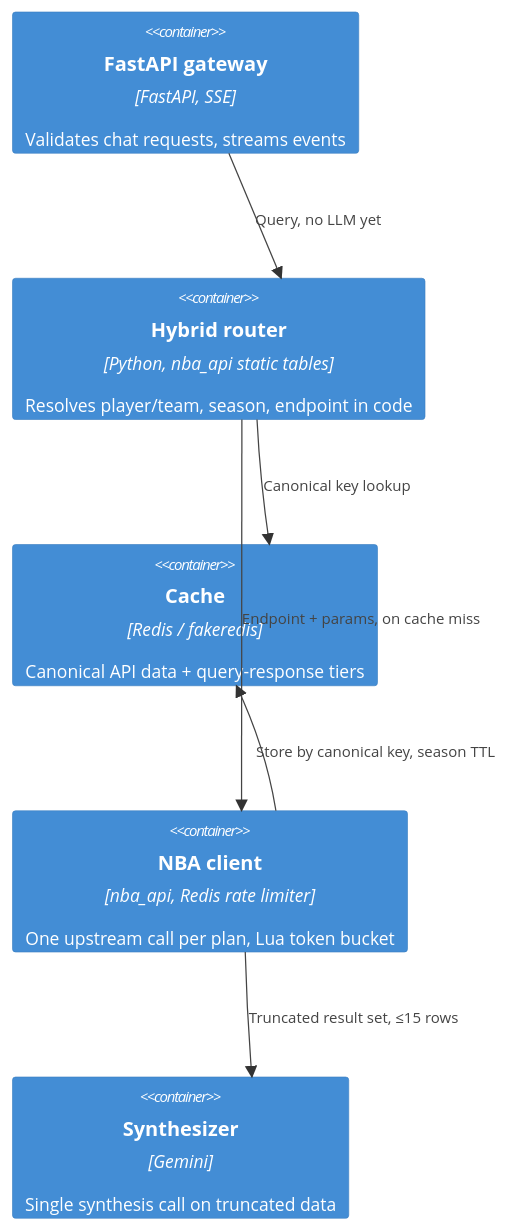
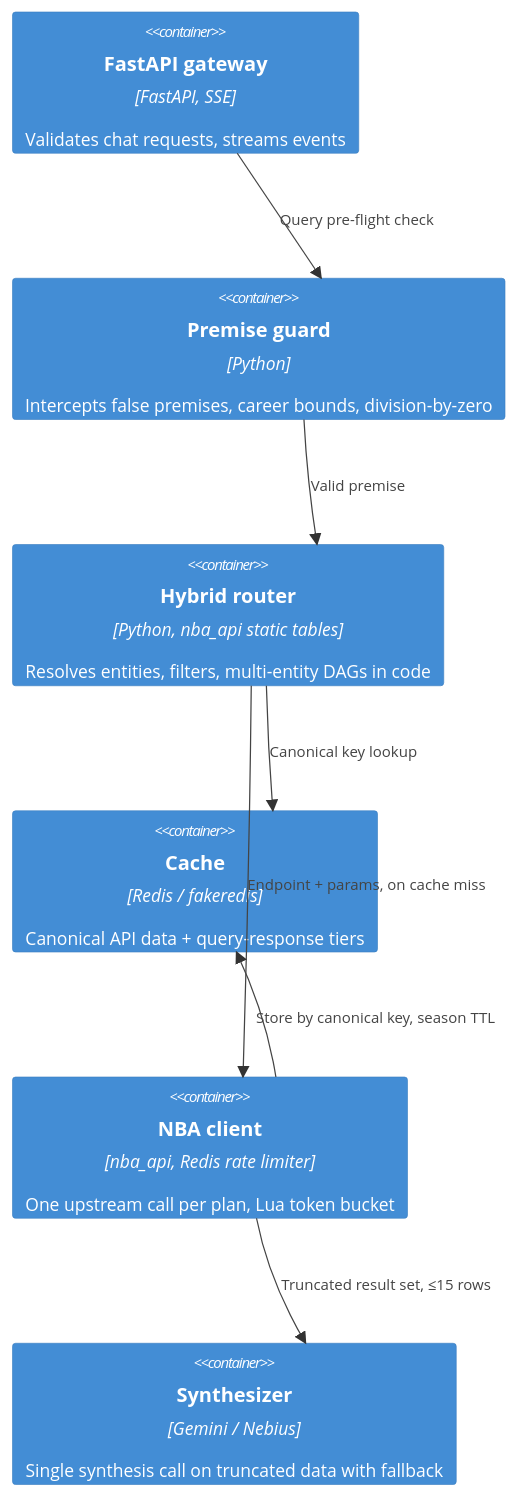
One commit to jdawg0507/deepBAG changed the second of 2 diagrams in README.md. Above: the diagram before and after it, drawn with Mermaid. The commit also changed other lines of this file, not shown here.

````diff
--- a/README.md
+++ b/README.md
@@ -43,14 +54,16 @@
 ```mermaid
 C4Container
     Container(gateway, "FastAPI gateway", "FastAPI, SSE", "Validates chat requests, streams events")
-    Container(router, "Hybrid router", "Python, nba_api static tables", "Resolves player/team, season, endpoint in code")
+    Container(guard, "Premise guard", "Python", "Intercepts false premises, career bounds, division-by-zero")
+    Container(router, "Hybrid router", "Python, nba_api static tables", "Resolves entities, filters, multi-entity DAGs in code")
     Container(cache, "Cache", "Redis / fakeredis", "Canonical API data + query-response tiers")
     Container(api, "NBA client", "nba_api, Redis rate limiter", "One upstream call per plan, Lua token bucket")
-    Container(synth, "Synthesizer", "Gemini", "Single synthesis call on truncated data")
+    Container(synth, "Synthesizer", "Gemini / Nebius", "Single synthesis call on truncated data with fallback")
 
-    Rel(gateway, router, "Query, no LLM yet")
+    Rel(gateway, guard, "Query pre-flight check")
+    Rel(guard, router, "Valid premise")
     Rel(router, cache, "Canonical key lookup")
     Rel(router, api, "Endpoint + params, on cache miss")
     Rel(api, cache, "Store by canonical key, season TTL")
     Rel(api, synth, "Truncated result set, ≤15 rows")
 ```
````
